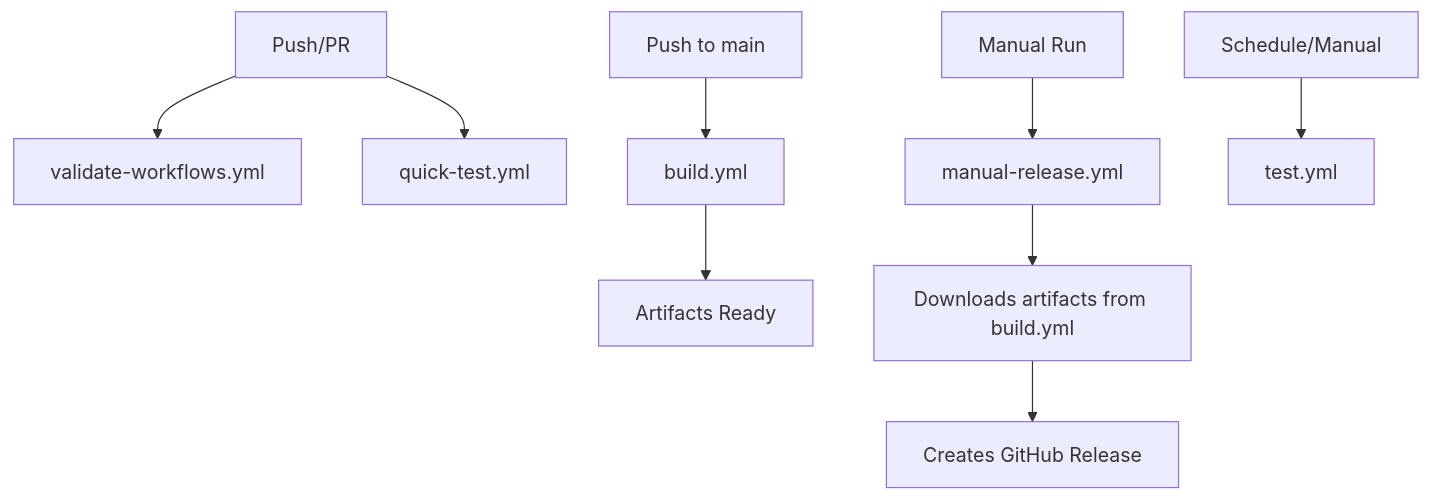
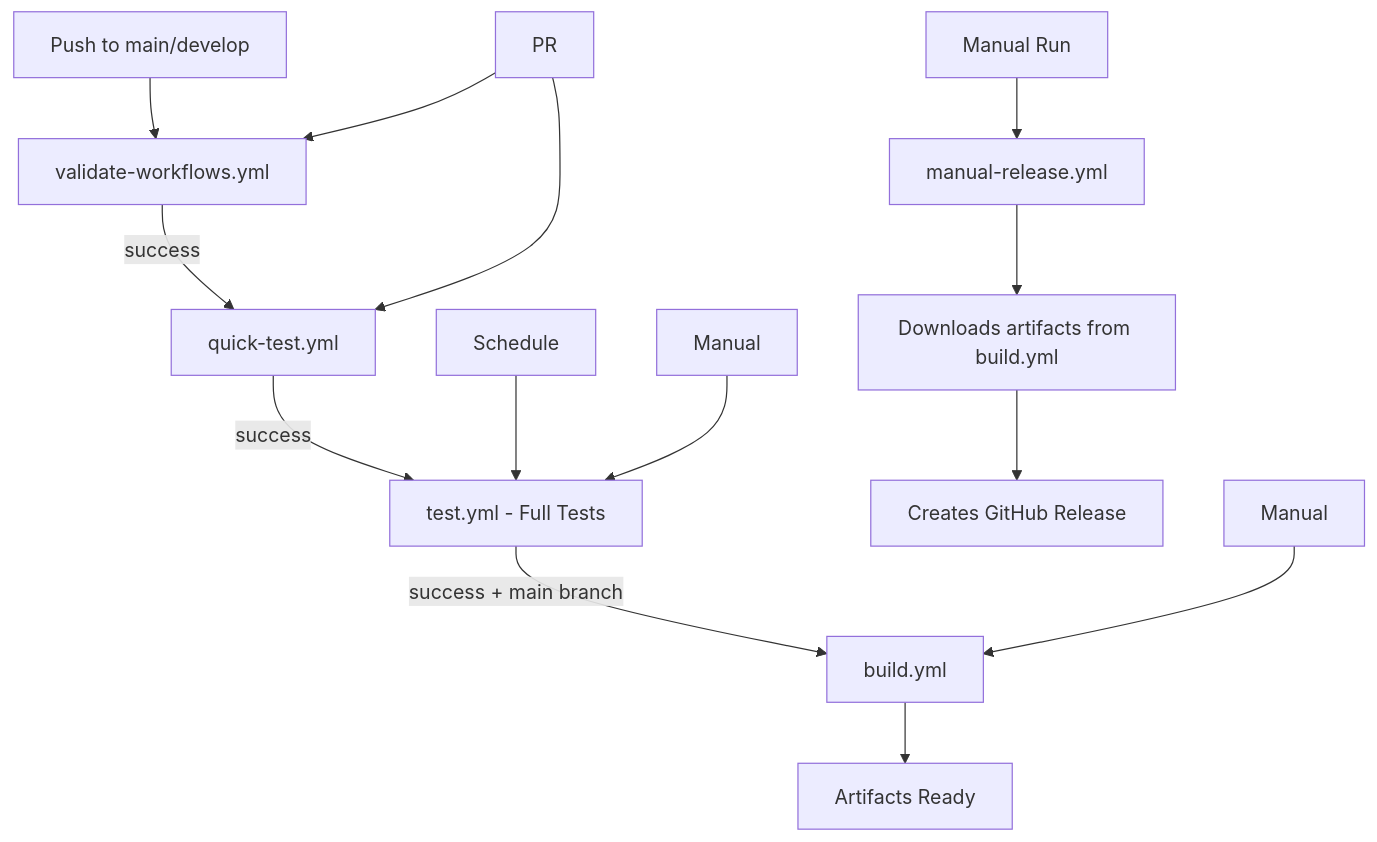
The diagram in .github/workflows/README.md (DimazzzZ/media-gen), drawn with Mermaid before and after one commit. The commit also changed other lines of this file and 3 other files, not shown here.

Commit message:
yaml sequence fix

````diff
--- a/.github/workflows/README.md
+++ b/.github/workflows/README.md
@@ -40,14 +40,19 @@
 ```mermaid
 graph TD
-    A[Push/PR] --> B[validate-workflows.yml]
-    A --> C[quick-test.yml]
-    
-    D[Push to main] --> E[build.yml]
+    A[Push to main/develop] --> B[validate-workflows.yml]
+    B --> |success| C[quick-test.yml]
+    C --> |success| D[test.yml - Full Tests]
+    D --> |success + main branch| E[build.yml]
     E --> F[Artifacts Ready]
     
     G[Manual Run] --> H[manual-release.yml]
     H --> I[Downloads artifacts from build.yml]
     I --> J[Creates GitHub Release]
     
-    K[Schedule/Manual] --> L[test.yml]
+    K[Schedule] --> D
+    L[Manual] --> D
+    M[Manual] --> E
+    
+    N[PR] --> B
+    N --> C
 ```
````
